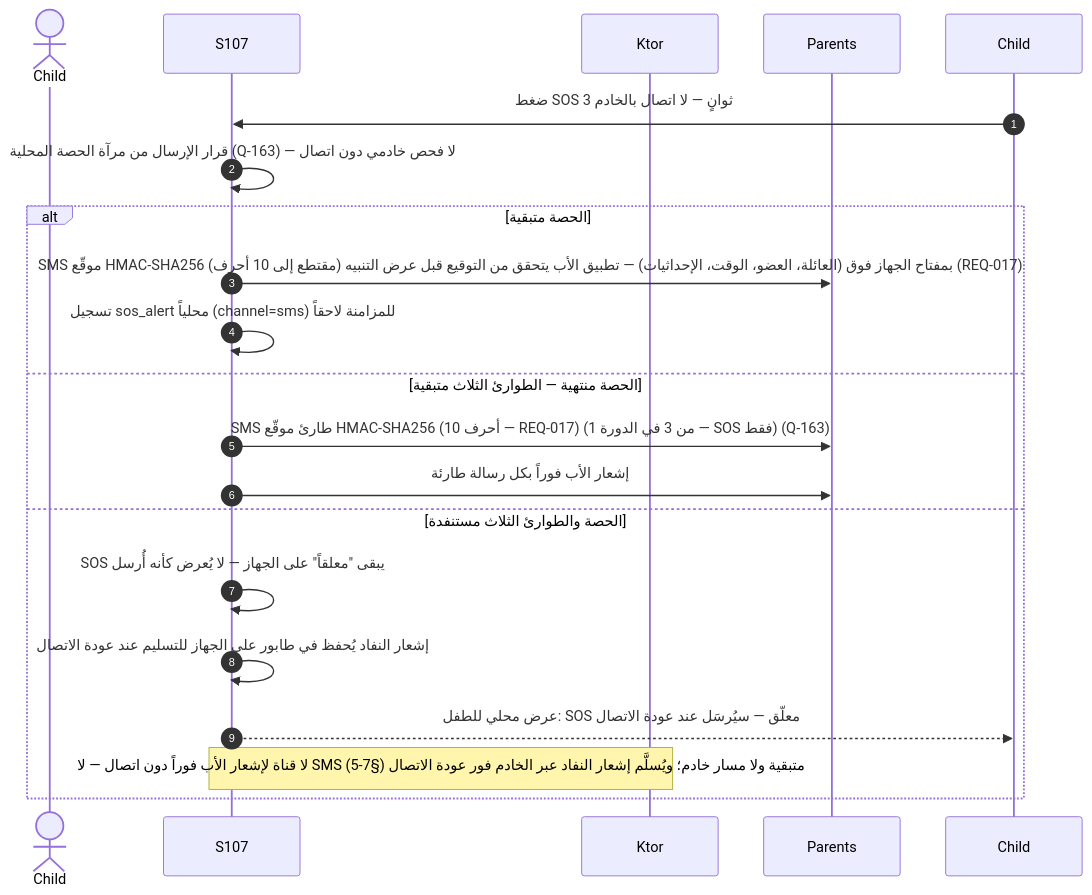
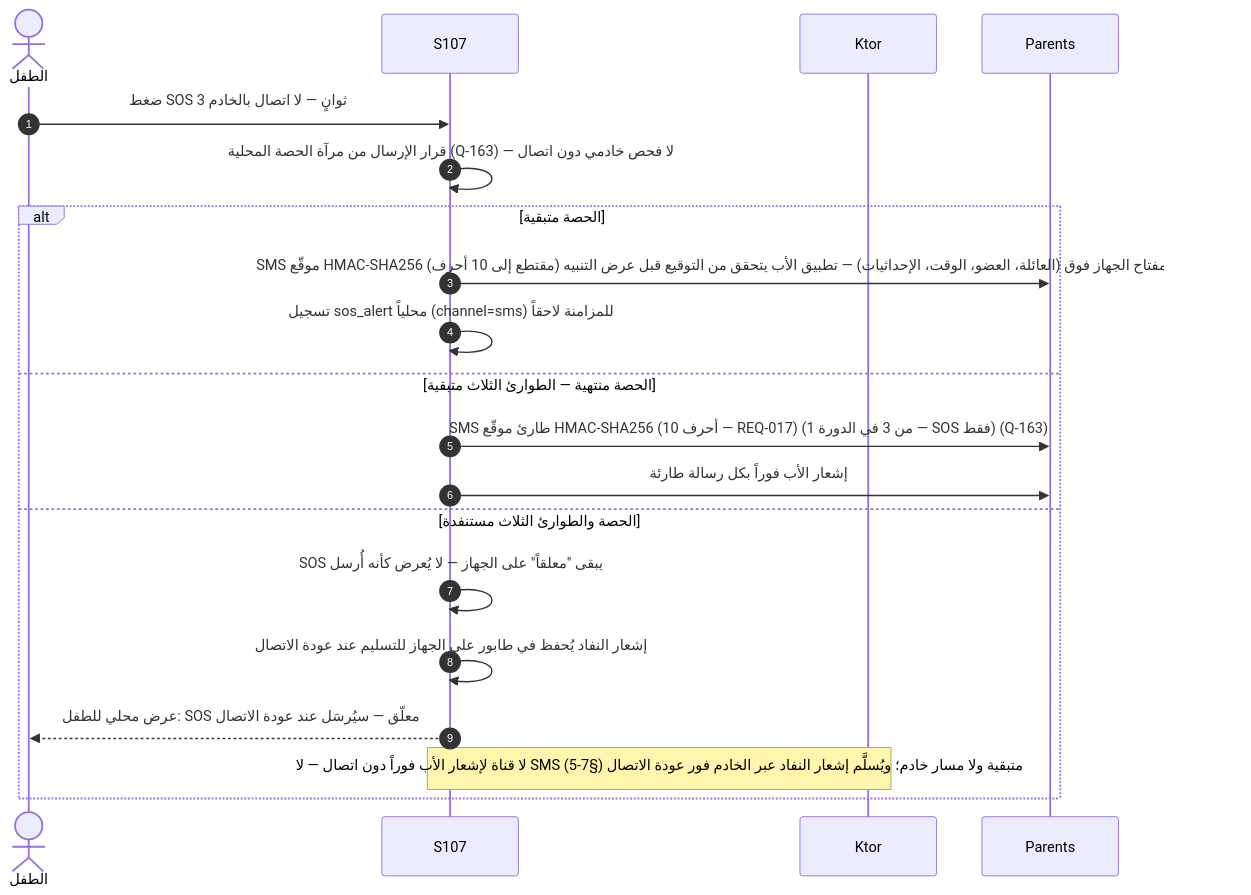
One commit to Bassam-mohammed-alqaeadi/family-os-v2 changed the sixth of 13 diagrams in docs/family-os/governance/phases/phase-1/S1-07-location-basic/DIAGRAMS.md. Above: the diagram before and after it, drawn with Mermaid. The commit also changed other lines of this file and 10 other files, not shown here.

Commit message:
إغلاق المراجعة الشاملة R1–R5 (Q-196…Q-231) — المخططات DIAGRAMS + خريطة السياق (2/4)

````diff
--- a/docs/family-os/governance/phases/phase-1/S1-07-location-basic/DIAGRAMS.md
+++ b/docs/family-os/governance/phases/phase-1/S1-07-location-basic/DIAGRAMS.md
@@ -225,22 +224,22 @@
 ```mermaid
 sequenceDiagram
     autonumber
-    actor الطفل as Child
+    actor Child as الطفل
     participant الموقع as S107
     participant الخادم as Ktor
     participant الوالدان as Parents
     Child->>الموقع: ضغط SOS 3 ثوانٍ — لا اتصال بالخادم
     الموقع->>الموقع: قرار الإرسال من مرآة الحصة المحلية (Q-163) — لا فحص خادمي دون اتصال
     alt الحصة متبقية
         الموقع->>الوالدان: SMS موقّع HMAC-SHA256 (مقتطع إلى 10 أحرف) بمفتاح الجهاز فوق (العائلة، العضو، الوقت، الإحداثيات) — تطبيق الأب يتحقق من التوقيع قبل عرض التنبيه (REQ-017)
         الموقع->>الموقع: تسجيل sos_alert محلياً (channel=sms) للمزامنة لاحقاً
     else الحصة منتهية — الطوارئ الثلاث متبقية
         الموقع->>الوالدان: SMS طارئ موقّع HMAC-SHA256 (10 أحرف — REQ-017) (1 من 3 في الدورة — SOS فقط) (Q-163)
         الموقع->>الوالدان: إشعار الأب فوراً بكل رسالة طارئة
     else الحصة والطوارئ الثلاث مستنفدة
         الموقع->>الموقع: SOS يبقى "معلقاً" على الجهاز — لا يُعرض كأنه أُرسل
         الموقع->>الموقع: إشعار النفاد يُحفظ في طابور على الجهاز للتسليم عند عودة الاتصال
         الموقع-->>Child: عرض محلي للطفل: SOS معلّق — سيُرسَل عند عودة الاتصال
         Note over الموقع,الخادم: لا قناة لإشعار الأب فوراً دون اتصال — لا SMS متبقية ولا مسار خادم؛ ويُسلَّم إشعار النفاد عبر الخادم فور عودة الاتصال (§7-5)
     end
 ```
````
